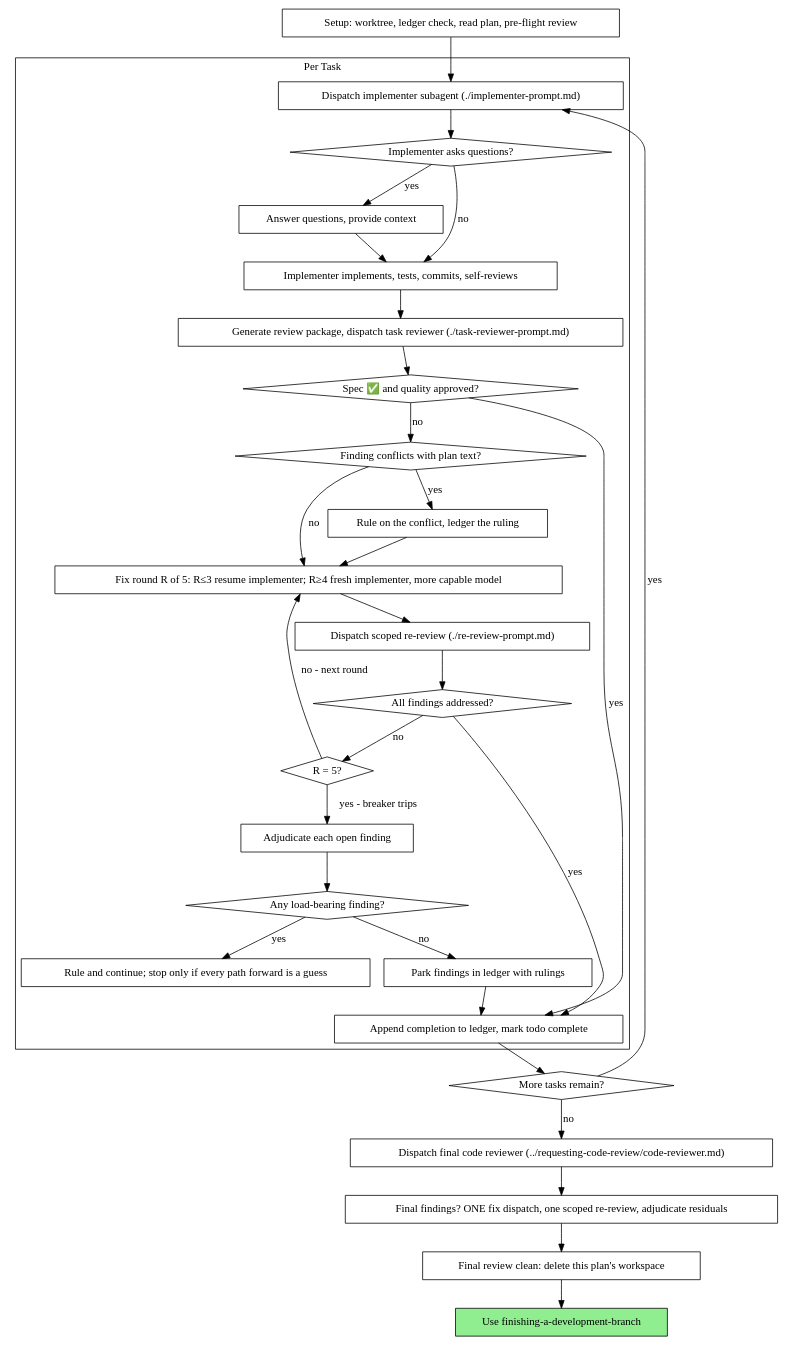
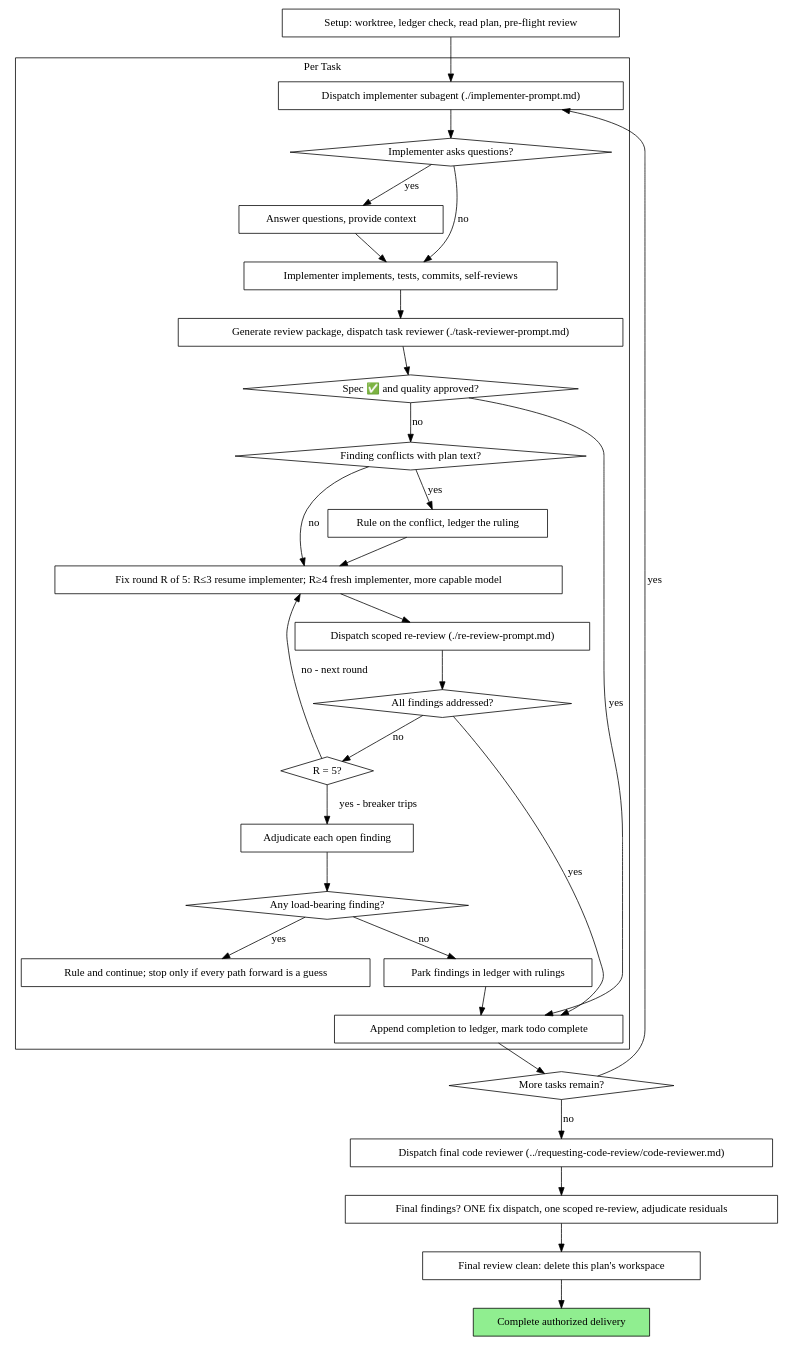
The second of 2 diagrams in skills/subagent-driven-development/SKILL.md (Pronesti/agent-skills), drawn with Graphviz before and after one commit. The commit also changed other lines of this file and 245 other files, not shown here.

````diff
--- a/skills/subagent-driven-development/SKILL.md
+++ b/skills/subagent-driven-development/SKILL.md
@@ -61,62 +65,62 @@
 ```dot
 digraph process {
     rankdir=TB;
 
     subgraph cluster_per_task {
         label="Per Task";
         "Dispatch implementer subagent (./implementer-prompt.md)" [shape=box];
         "Implementer asks questions?" [shape=diamond];
         "Answer questions, provide context" [shape=box];
         "Implementer implements, tests, commits, self-reviews" [shape=box];
         "Generate review package, dispatch task reviewer (./task-reviewer-prompt.md)" [shape=box];
         "Spec ✅ and quality approved?" [shape=diamond];
         "Finding conflicts with plan text?" [shape=diamond];
         "Rule on the conflict, ledger the ruling" [shape=box];
         "Fix round R of 5: R≤3 resume implementer; R≥4 fresh implementer, more capable model" [shape=box];
         "Dispatch scoped re-review (./re-review-prompt.md)" [shape=box];
         "All findings addressed?" [shape=diamond];
         "R = 5?" [shape=diamond];
         "Adjudicate each open finding" [shape=box];
         "Any load-bearing finding?" [shape=diamond];
         "Rule and continue; stop only if every path forward is a guess" [shape=box];
         "Park findings in ledger with rulings" [shape=box];
         "Append completion to ledger, mark todo complete" [shape=box];
     }
 
     "Setup: worktree, ledger check, read plan, pre-flight review" [shape=box];
     "More tasks remain?" [shape=diamond];
     "Dispatch final code reviewer (../requesting-code-review/code-reviewer.md)" [shape=box];
     "Final findings? ONE fix dispatch, one scoped re-review, adjudicate residuals" [shape=box];
     "Final review clean: delete this plan's workspace" [shape=box];
-    "Use finishing-a-development-branch" [shape=box style=filled fillcolor=lightgreen];
+    "Complete authorized delivery" [shape=box style=filled fillcolor=lightgreen];
 
     "Setup: worktree, ledger check, read plan, pre-flight review" -> "Dispatch implementer subagent (./implementer-prompt.md)";
     "Dispatch implementer subagent (./implementer-prompt.md)" -> "Implementer asks questions?";
     "Implementer asks questions?" -> "Answer questions, provide context" [label="yes"];
     "Answer questions, provide context" -> "Implementer implements, tests, commits, self-reviews";
     "Implementer asks questions?" -> "Implementer implements, tests, commits, self-reviews" [label="no"];
     "Implementer implements, tests, commits, self-reviews" -> "Generate review package, dispatch task reviewer (./task-reviewer-prompt.md)";
     "Generate review package, dispatch task reviewer (./task-reviewer-prompt.md)" -> "Spec ✅ and quality approved?";
     "Spec ✅ and quality approved?" -> "Append completion to ledger, mark todo complete" [label="yes"];
     "Spec ✅ and quality approved?" -> "Finding conflicts with plan text?" [label="no"];
     "Finding conflicts with plan text?" -> "Rule on the conflict, ledger the ruling" [label="yes"];
     "Rule on the conflict, ledger the ruling" -> "Fix round R of 5: R≤3 resume implementer; R≥4 fresh implementer, more capable model";
     "Finding conflicts with plan text?" -> "Fix round R of 5: R≤3 resume implementer; R≥4 fresh implementer, more capable model" [label="no"];
     "Fix round R of 5: R≤3 resume implementer; R≥4 fresh implementer, more capable model" -> "Dispatch scoped re-review (./re-review-prompt.md)";
     "Dispatch scoped re-review (./re-review-prompt.md)" -> "All findings addressed?";
     "All findings addressed?" -> "Append completion to ledger, mark todo complete" [label="yes"];
     "All findings addressed?" -> "R = 5?" [label="no"];
     "R = 5?" -> "Fix round R of 5: R≤3 resume implementer; R≥4 fresh implementer, more capable model" [label="no - next round"];
     "R = 5?" -> "Adjudicate each open finding" [label="yes - breaker trips"];
     "Adjudicate each open finding" -> "Any load-bearing finding?";
     "Any load-bearing finding?" -> "Rule and continue; stop only if every path forward is a guess" [label="yes"];
     "Any load-bearing finding?" -> "Park findings in ledger with rulings" [label="no"];
     "Park findings in ledger with rulings" -> "Append completion to ledger, mark todo complete";
     "Append completion to ledger, mark todo complete" -> "More tasks remain?";
     "More tasks remain?" -> "Dispatch implementer subagent (./implementer-prompt.md)" [label="yes"];
     "More tasks remain?" -> "Dispatch final code reviewer (../requesting-code-review/code-reviewer.md)" [label="no"];
     "Dispatch final code reviewer (../requesting-code-review/code-reviewer.md)" -> "Final findings? ONE fix dispatch, one scoped re-review, adjudicate residuals";
     "Final findings? ONE fix dispatch, one scoped re-review, adjudicate residuals" -> "Final review clean: delete this plan's workspace";
-    "Final review clean: delete this plan's workspace" -> "Use finishing-a-development-branch";
+    "Final review clean: delete this plan's workspace" -> "Complete authorized delivery";
 }
 ```
````
